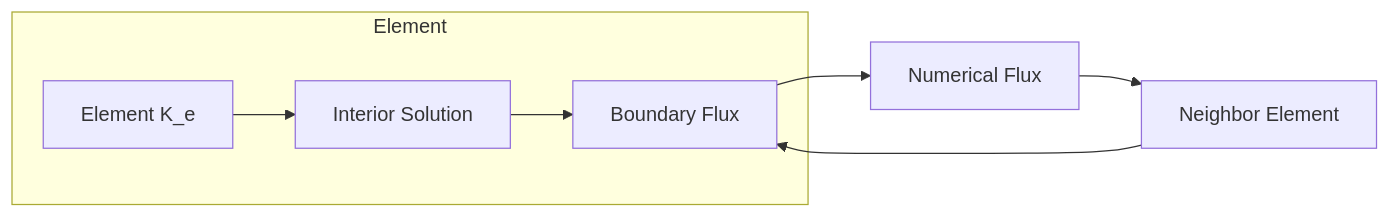
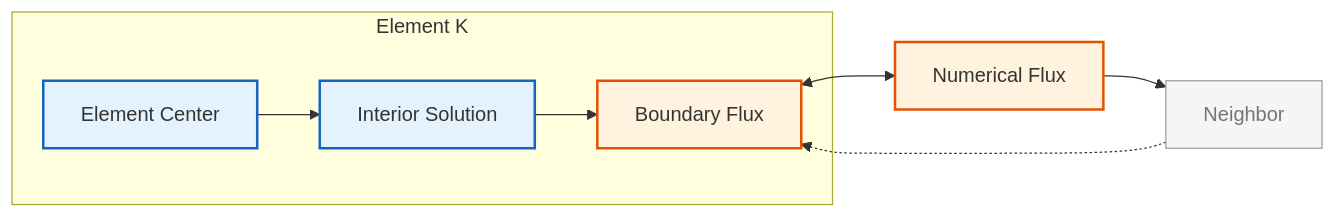
The second of 3 diagrams in MODULE_03_SINGLE_PHASE_FLOW/CONTENT/07_ADVANCED_TOPICS/03_Numerical_Methods.md (wramet/build-my-cfd), drawn with Mermaid before and after one commit. The commit also changed other lines of this file and 313 other files, not shown here.

Commit message:
Revise all diagram

````diff
--- a/MODULE_03_SINGLE_PHASE_FLOW/CONTENT/07_ADVANCED_TOPICS/03_Numerical_Methods.md
+++ b/MODULE_03_SINGLE_PHASE_FLOW/CONTENT/07_ADVANCED_TOPICS/03_Numerical_Methods.md
@@ -138,11 +143,16 @@
 ```mermaid
 flowchart LR
-    subgraph Element
-        A[Element K_e] --> B[Interior Solution]
-        B --> C[Boundary Flux]
-    end
+%% Classes
+classDef explicit fill:#fff3e0,stroke:#e65100,stroke-width:2px;
+classDef implicit fill:#e3f2fd,stroke:#1565c0,stroke-width:2px;
+classDef context fill:#f5f5f5,stroke:#9e9e9e,stroke-width:1px,color:#757575;
+%% Subgraphs
+subgraph Element [Element K]
+    A[Element Center]:::implicit --> B[Interior Solution]:::implicit
+    B --> C[Boundary Flux]:::explicit
+end
 
-    C --> D[Numerical Flux]
-    D --> E[Neighbor Element]
-    E --> C
+C <--> D[Numerical Flux]:::explicit
+D --> E[Neighbor]:::context
+E -.-> C
 ```
````
